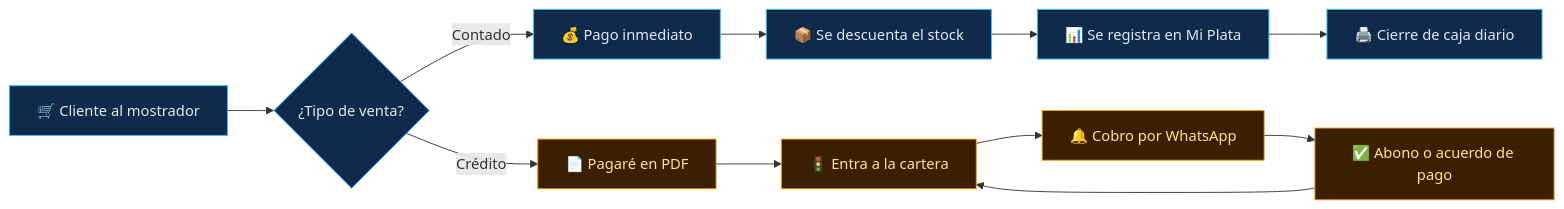
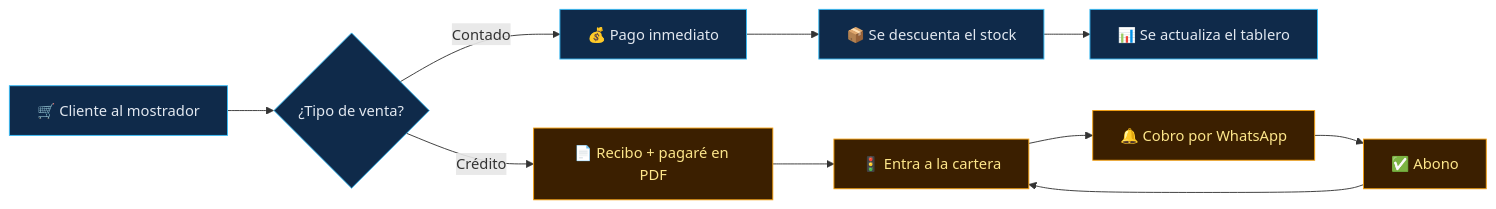
One commit to luis06-op/minervox-pos changed the diagram in README.md. Above: the diagram before and after it, drawn with Mermaid. The commit also changed other lines of this file and 19 other files, not shown here.

````diff
--- a/README.md
+++ b/README.md
@@ -122,19 +112,18 @@
 ```mermaid
 flowchart LR
     A["🛒 Cliente al mostrador"] --> B{"¿Tipo de venta?"}
     B -->|Contado| C["💰 Pago inmediato"]
-    B -->|Crédito| D["📄 Pagaré en PDF"]
+    B -->|Crédito| D["📄 Recibo + pagaré en PDF"]
     C --> E["📦 Se descuenta el stock"]
     D --> F["🚦 Entra a la cartera"]
-    E --> G["📊 Se registra en Mi Plata"]
+    E --> G["📊 Se actualiza el tablero"]
     F --> H["🔔 Cobro por WhatsApp"]
-    H --> I["✅ Abono o acuerdo de pago"]
+    H --> I["✅ Abono"]
     I --> F
-    G --> J["🖨️ Cierre de caja diario"]
 
     classDef venta fill:#0f2a4a,stroke:#38bdf8,color:#e2e8f0
     classDef credito fill:#3b1f00,stroke:#f59e0b,color:#fde68a
     classDef ok fill:#052e16,stroke:#22c55e,color:#bbf7d0
-    class A,B,C,E,G,J venta
+    class A,B,C,E,G venta
     class D,F,H,I credito
 ```
````
